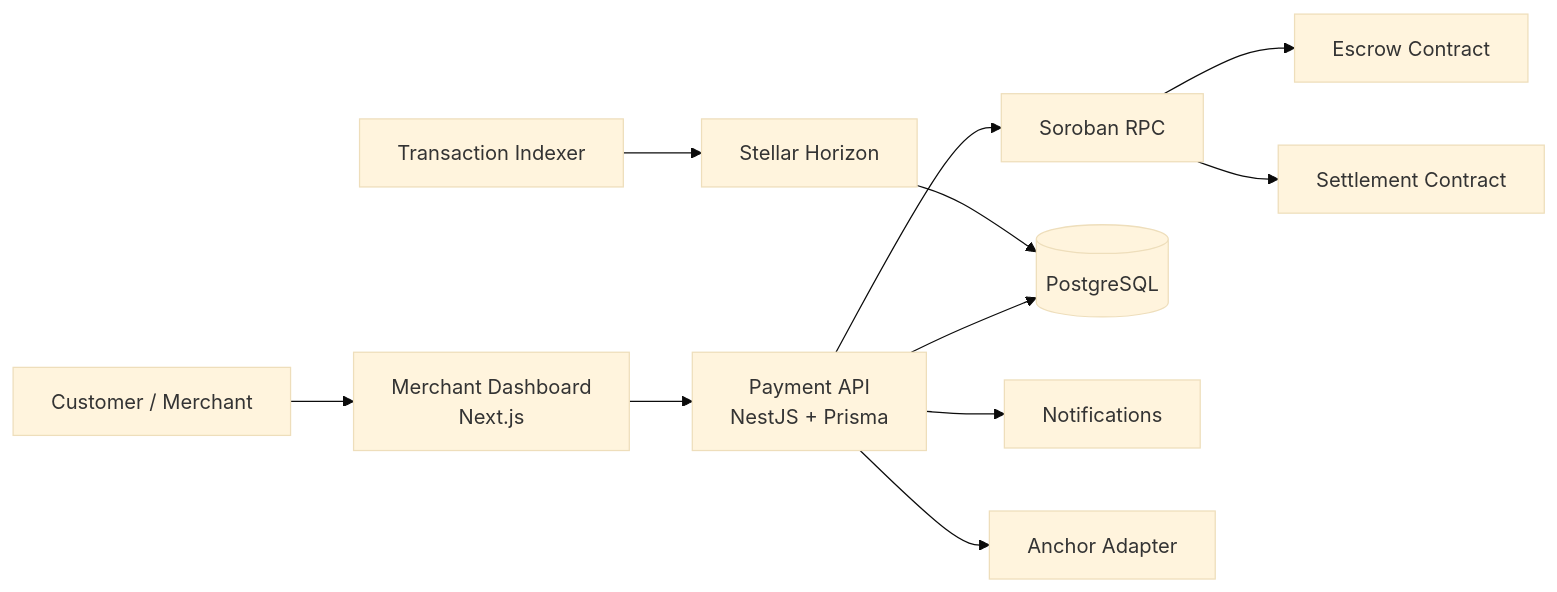
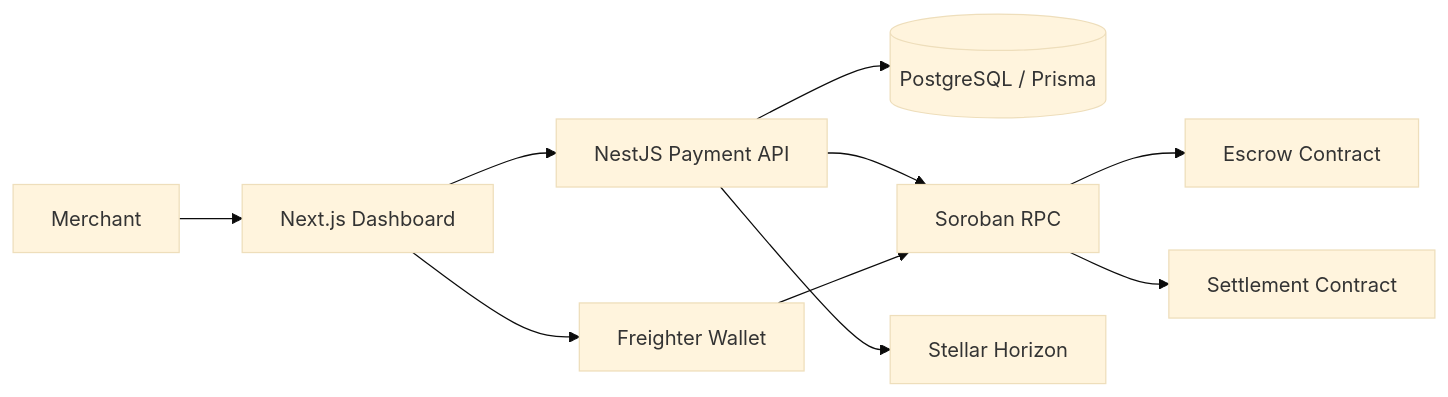
Before and after one commit to Timrossid/global-remittance-bridge: the diagram in README.md, drawn with Mermaid (base theme). The commit also changed other lines of this file, not shown here.

````diff
--- a/README.md
+++ b/README.md
@@ -61,13 +21,12 @@
 ```mermaid
 flowchart LR
-    U[Customer / Merchant] --> D[Merchant Dashboard<br/>Next.js]
-    D --> A[Payment API<br/>NestJS + Prisma]
-    A --> R[Soroban RPC]
-    R --> E[Escrow Contract]
-    R --> S[Settlement Contract]
-    A --> DB[(PostgreSQL)]
-    I[Transaction Indexer] --> H[Stellar Horizon]
-    H --> DB
-    A --> N[Notifications]
-    A --> X[Anchor Adapter]
+    M[Merchant] --> UI[Next.js Dashboard]
+    UI --> API[NestJS Payment API]
+    API --> DB[(PostgreSQL / Prisma)]
+    API --> RPC[Soroban RPC]
+    UI --> WALLET[Freighter Wallet]
+    WALLET --> RPC
+    RPC --> ESC[Escrow Contract]
+    RPC --> SET[Settlement Contract]
+    API --> H[Stellar Horizon]
 ```
````
